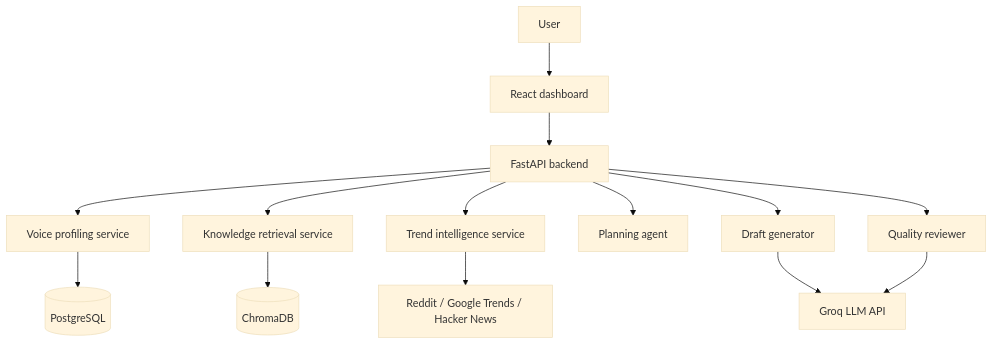
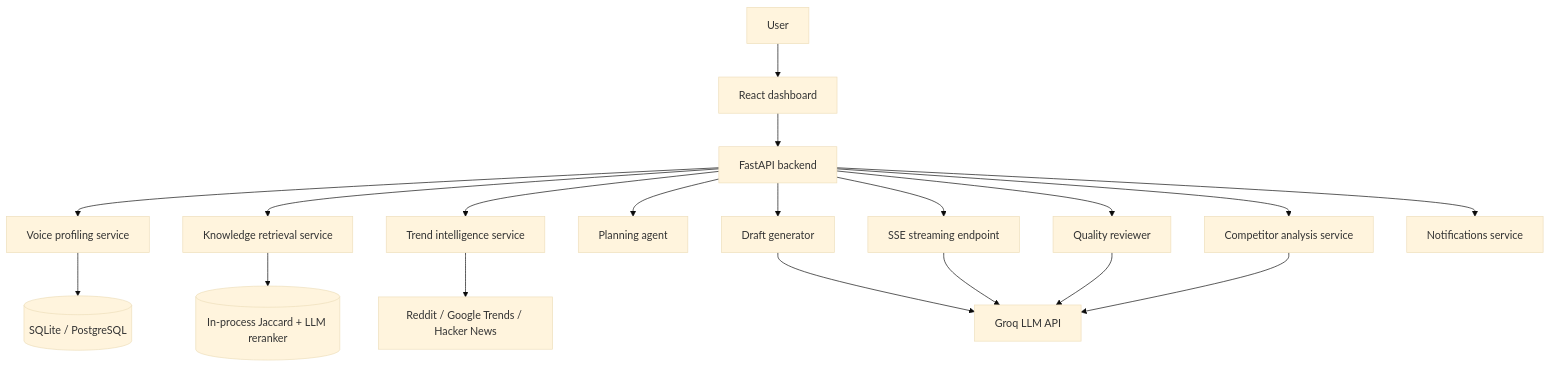
The diagram in README.md (Starlord00788/PersonaPost), drawn with Mermaid (base theme) before and after one commit. The commit also changed other lines of this file and 28 other files, not shown here.

````diff
--- a/README.md
+++ b/README.md
@@ -28,16 +28,21 @@
 ```mermaid
 flowchart TD
     User[User] --> UI[React dashboard]
     UI --> API[FastAPI backend]
     API --> Voice[Voice profiling service]
     API --> Rag[Knowledge retrieval service]
     API --> Trend[Trend intelligence service]
     API --> Plan[Planning agent]
     API --> Draft[Draft generator]
+    API --> Stream[SSE streaming endpoint]
     API --> Review[Quality reviewer]
-    Voice --> DB[(PostgreSQL)]
-    Rag --> Vec[(ChromaDB)]
+    API --> Competitor[Competitor analysis service]
+    API --> Notif[Notifications service]
+    Voice --> DB[(SQLite / PostgreSQL)]
+    Rag --> Vec[(In-process Jaccard + LLM reranker)]
     Trend --> Pub[Reddit / Google Trends / Hacker News]
     Draft --> Groq[Groq LLM API]
+    Stream --> Groq
     Review --> Groq
+    Competitor --> Groq
 ```
````
